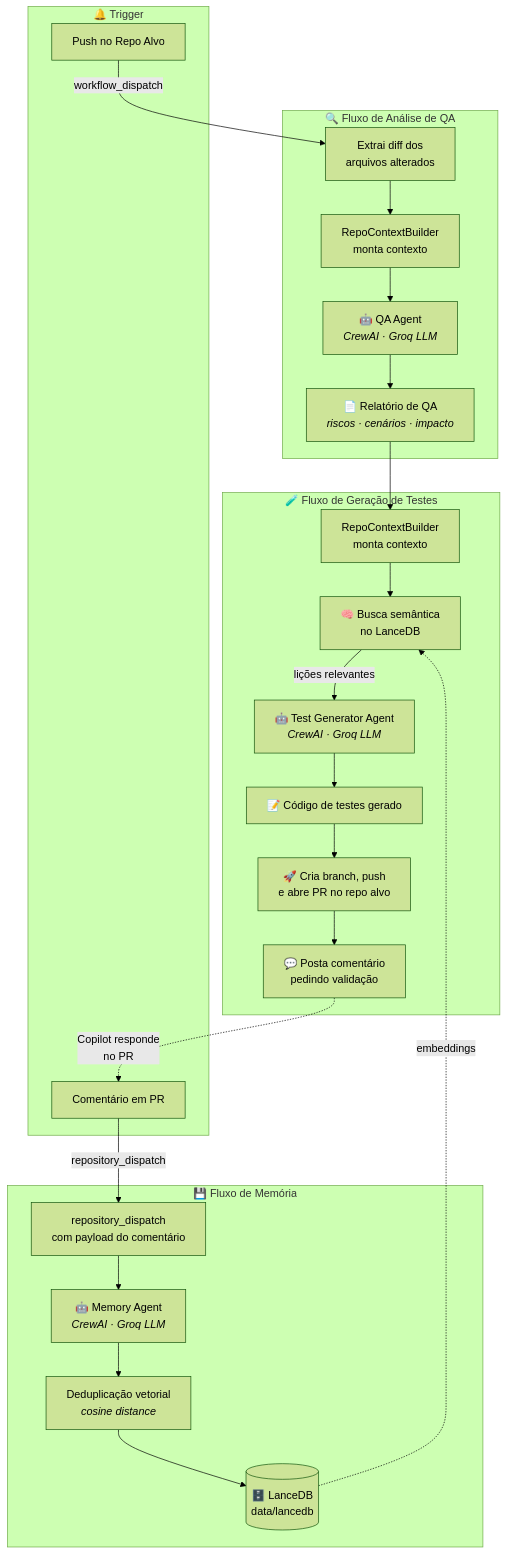
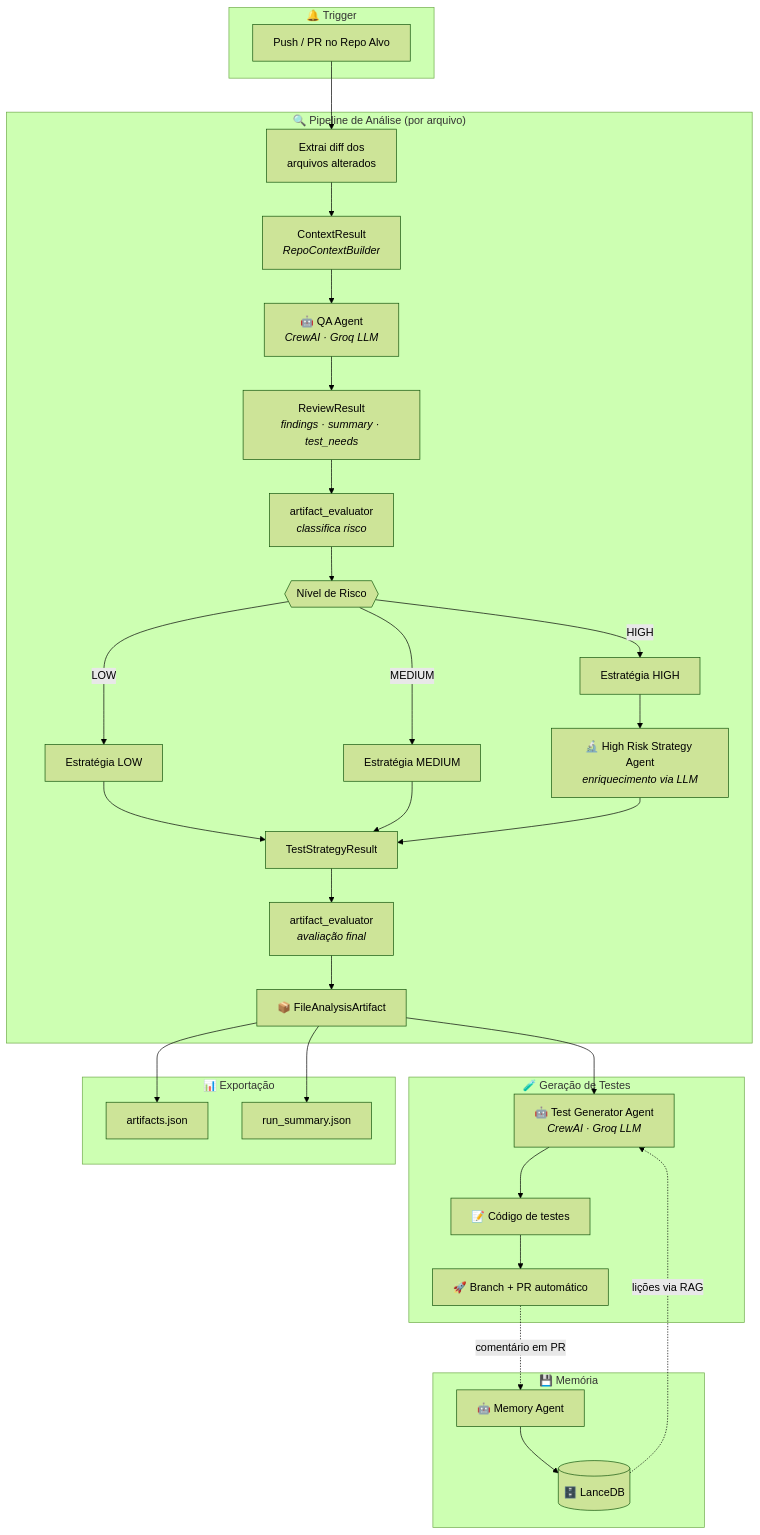
One commit to jrcosta/qagent changed the diagram in README.md. Above: the diagram before and after it, drawn with Mermaid (forest theme). The commit also changed other lines of this file, not shown here.

Commit message:
docs: atualizar readme com arquitetura atual do pipeline

````diff
--- a/README.md
+++ b/README.md
@@ -39,44 +42,54 @@
 ```mermaid
 flowchart TD
     subgraph TRIGGER ["🔔 Trigger"]
-        PUSH["Push no Repo Alvo"]
-        PR_COMMENT["Comentário em PR"]
+        PUSH["Push / PR no Repo Alvo"]
     end
 
-    subgraph QA_FLOW ["🔍 Fluxo de Análise de QA"]
+    subgraph ANALYSIS ["🔍 Pipeline de Análise (por arquivo)"]
         DIFF["Extrai diff dos<br/>arquivos alterados"]
-        CTX1["RepoContextBuilder<br/>monta contexto"]
-        QA_AGENT["🤖 QA Agent<br/><i>CrewAI · Groq LLM</i>"]
-        REPORT["📄 Relatório de QA<br/><i>riscos · cenários · impacto</i>"]
+        CTX["ContextResult<br/><i>RepoContextBuilder</i>"]
+        QA["🤖 QA Agent<br/><i>CrewAI · Groq LLM</i>"]
+        RR["ReviewResult<br/><i>findings · summary · test_needs</i>"]
+
+        EVAL["artifact_evaluator<br/><i>classifica risco</i>"]
+        RISK{{"Nível de Risco"}}
+        STRAT_LOW["Estratégia LOW"]
+        STRAT_MED["Estratégia MEDIUM"]
+        STRAT_HIGH["Estratégia HIGH"]
+
+        HR_AGENT["🔬 High Risk Strategy Agent<br/><i>enriquecimento via LLM</i>"]
+        TSR["TestStrategyResult"]
+        EVAL_FINAL["artifact_evaluator<br/><i>avaliação final</i>"]
+        ARTIFACT["📦 FileAnalysisArtifact"]
     end
 
-    subgraph TEST_FLOW ["🧪 Fluxo de Geração de Testes"]
-        CTX2["RepoContextBuilder<br/>monta contexto"]
-        MEM_QUERY["🧠 Busca semântica<br/>no LanceDB"]
+    subgraph TESTGEN ["🧪 Geração de Testes"]
         TEST_AGENT["🤖 Test Generator Agent<br/><i>CrewAI · Groq LLM</i>"]
-        CODE["📝 Código de testes gerado"]
-        PR_OPEN["🚀 Cria branch, push<br/>e abre PR no repo alvo"]
-        COPILOT_REQ["💬 Posta comentário<br/>pedindo validação"]
+        CODE["📝 Código de testes"]
+        PR_OPEN["🚀 Branch + PR automático"]
     end
 
-    subgraph MEM_FLOW ["💾 Fluxo de Memória"]
-        DISPATCH["repository_dispatch<br/>com payload do comentário"]
-        MEM_AGENT["🤖 Memory Agent<br/><i>CrewAI · Groq LLM</i>"]
-        DEDUP["Deduplicação vetorial<br/><i>cosine distance</i>"]
-        LANCEDB[("🗄️ LanceDB<br/>data/lancedb")]
+    subgraph EXPORT ["📊 Exportação"]
+        JSON["artifacts.json"]
+        SUMMARY["run_summary.json"]
     end
 
-    PUSH -->|"workflow_dispatch"| DIFF
-    DIFF --> CTX1 --> QA_AGENT --> REPORT
+    subgraph MEM_FLOW ["💾 Memória"]
+        MEM_AGENT["🤖 Memory Agent"]
+        LANCEDB[("🗄️ LanceDB")]
+    end
 
-    REPORT --> CTX2
-    CTX2 --> MEM_QUERY
-    MEM_QUERY -->|"lições relevantes"| TEST_AGENT
-    LANCEDB -.->|"embeddings"| MEM_QUERY
-    TEST_AGENT --> CODE --> PR_OPEN --> COPILOT_REQ
-    COPILOT_REQ -.->|"Copilot responde<br/>no PR"| PR_COMMENT
+    PUSH --> DIFF --> CTX --> QA --> RR
+    RR --> EVAL --> RISK
+    RISK -->|LOW| STRAT_LOW --> TSR
+    RISK -->|MEDIUM| STRAT_MED --> TSR
+    RISK -->|HIGH| STRAT_HIGH --> HR_AGENT --> TSR
+    TSR --> EVAL_FINAL --> ARTIFACT
 
-    PR_COMMENT -->|"repository_dispatch"| DISPATCH
-    DISPATCH --> MEM_AGENT
-    MEM_AGENT --> DEDUP --> LANCEDB
+    ARTIFACT --> TEST_AGENT --> CODE --> PR_OPEN
+    ARTIFACT --> JSON
+    ARTIFACT --> SUMMARY
+
+    PR_OPEN -.->|"comentário em PR"| MEM_AGENT --> LANCEDB
+    LANCEDB -.->|"lições via RAG"| TEST_AGENT
 ```
````
